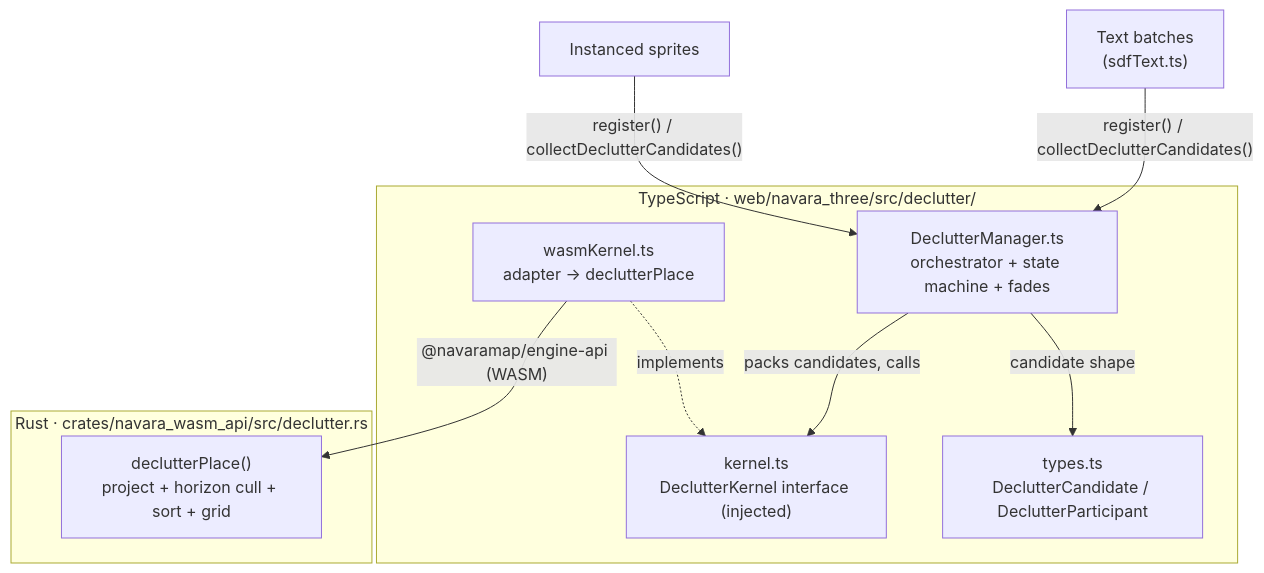
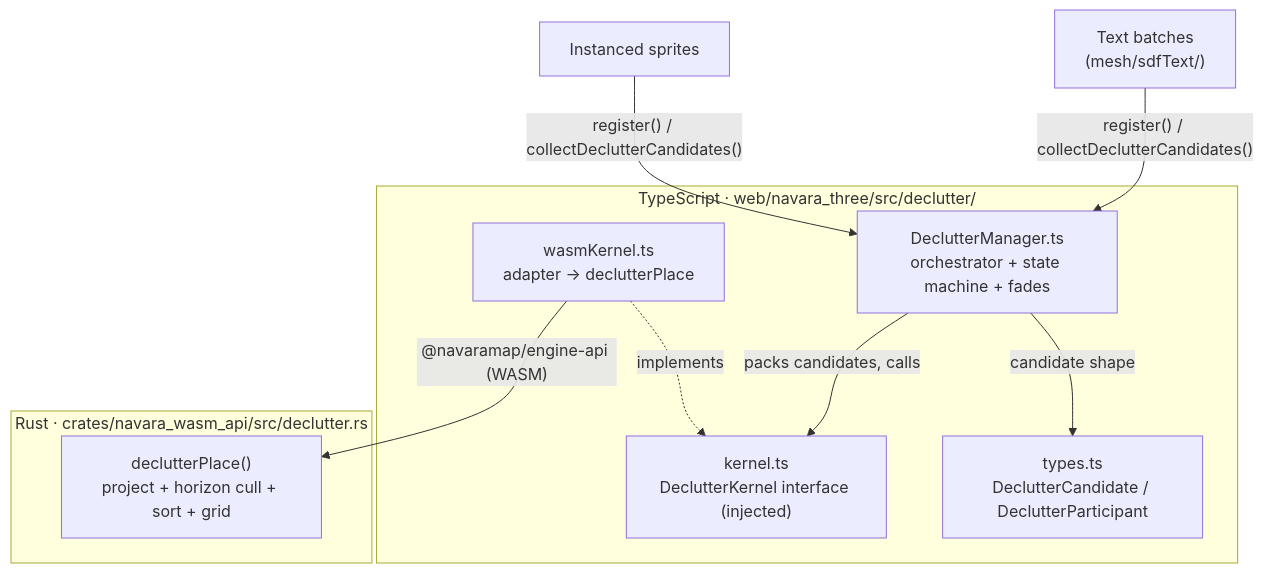
One commit to reearth/navara changed the second of 3 diagrams in guide/DECLUTTER.md. Above: the diagram before and after it, drawn with Mermaid. The commit also changed other lines of this file and 2 other files, not shown here.

````diff
--- a/guide/DECLUTTER.md
+++ b/guide/DECLUTTER.md
@@ -76,18 +76,18 @@
 ```mermaid
 graph TD
   subgraph ts["TypeScript · web/navara_three/src/declutter/"]
     DM["DeclutterManager.ts<br/>orchestrator + state machine + fades"]
     Kernel["kernel.ts<br/>DeclutterKernel interface (injected)"]
     WasmK["wasmKernel.ts<br/>adapter → declutterPlace"]
     Types["types.ts<br/>DeclutterCandidate / DeclutterParticipant"]
     DM -->|"packs candidates, calls"| Kernel
     DM -->|"candidate shape"| Types
     WasmK -.implements.-> Kernel
   end
   subgraph rs["Rust · crates/navara_wasm_api/src/declutter.rs"]
     Place["declutterPlace()<br/>project + horizon cull + sort + grid"]
   end
   WasmK -->|"@navaramap/engine-api (WASM)"| Place
-  Text["Text batches<br/>(sdfText.ts)"] -->|"register() / collectDeclutterCandidates()"| DM
+  Text["Text batches<br/>(mesh/sdfText/)"] -->|"register() / collectDeclutterCandidates()"| DM
   Sprites["Instanced sprites"] -->|"register() / collectDeclutterCandidates()"| DM
 ```
````
